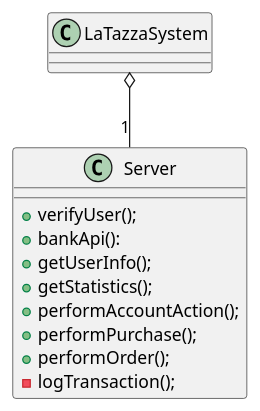
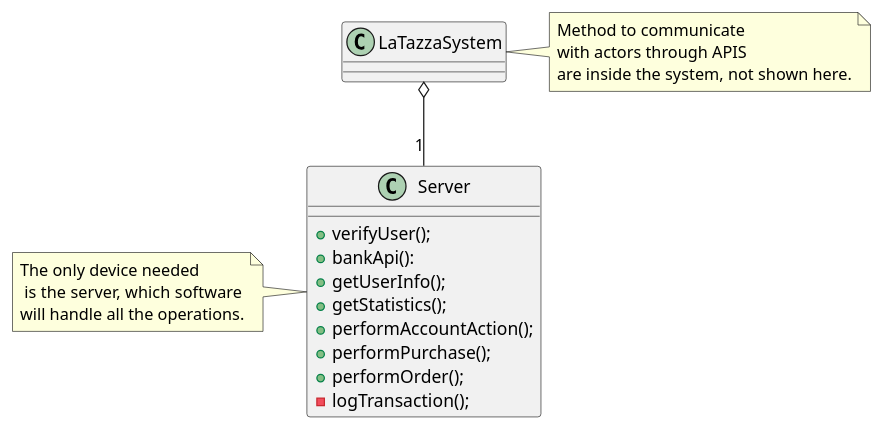
One commit to s41m0n/LaTazza changed the fourth of 4 diagrams in templates/RequirementsDocument.md. Above: the diagram before and after it, drawn with PlantUML.

Commit message:
Fixed System design, added notations

````diff
--- a/templates/RequirementsDocument.md
+++ b/templates/RequirementsDocument.md
@@ -388,17 +388,20 @@
 ```plantuml
 class LaTazzaSystem {
 }
 
 class Server {
 	+verifyUser();
 	+bankApi():
 	+getUserInfo();
 	+getStatistics();
 	+performAccountAction();
 	+performPurchase();
 	+performOrder();
 	-logTransaction();
 }
 
 LaTazzaSystem o-- "1" Server
+
+note right of LaTazzaSystem: Method to communicate\nwith actors through APIS\nare inside the system, not shown here.
+note left of Server: The only device needed\n is the server, which software\nwill handle all the operations.
 ```
````
